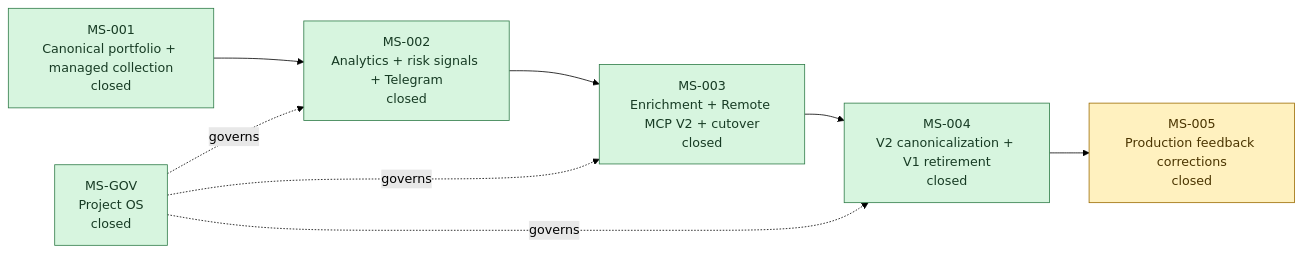
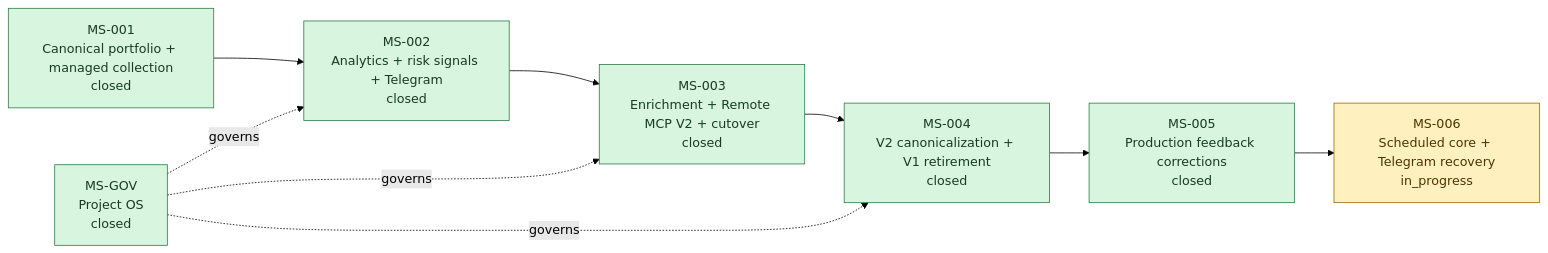
One commit to meringue5/KIS_Portfolio_MCP changed the first of 3 diagrams in docs/milestones/README.md. Above: the diagram before and after it, drawn with Mermaid (forest theme). The commit also changed other lines of this file and 9 other files, not shown here.

Commit message:
fix: restore scheduled core quality and Telegram release guard

````diff
--- a/docs/milestones/README.md
+++ b/docs/milestones/README.md
@@ -22,21 +22,23 @@
 ```mermaid
 flowchart LR
     MSGOV["MS-GOV<br/>Project OS<br/>closed"]
     MS1["MS-001<br/>Canonical portfolio + managed collection<br/>closed"]
     MS2["MS-002<br/>Analytics + risk signals + Telegram<br/>closed"]
     MS3["MS-003<br/>Enrichment + Remote MCP V2 + cutover<br/>closed"]
     MS4["MS-004<br/>V2 canonicalization + V1 retirement<br/>closed"]
     MS5["MS-005<br/>Production feedback corrections<br/>closed"]
+    MS6["MS-006<br/>Scheduled core + Telegram recovery<br/>in_progress"]
 
-    MS1 --> MS2 --> MS3 --> MS4 --> MS5
+    MS1 --> MS2 --> MS3 --> MS4 --> MS5 --> MS6
     MSGOV -. governs .-> MS2
     MSGOV -. governs .-> MS3
     MSGOV -. governs .-> MS4
 
     classDef closed fill:#d7f5df,stroke:#2d7a46,color:#173b24;
     classDef verified fill:#e5f4ff,stroke:#0870a8,color:#123b72;
     classDef active fill:#fff1bf,stroke:#9a6b00,color:#4b3500;
     classDef proposed fill:#eef1f5,stroke:#667085,color:#344054;
     class MS1,MS2,MS3,MS4,MSGOV closed;
-    class MS5 active;
+    class MS5 closed;
+    class MS6 active;
 ```
````
